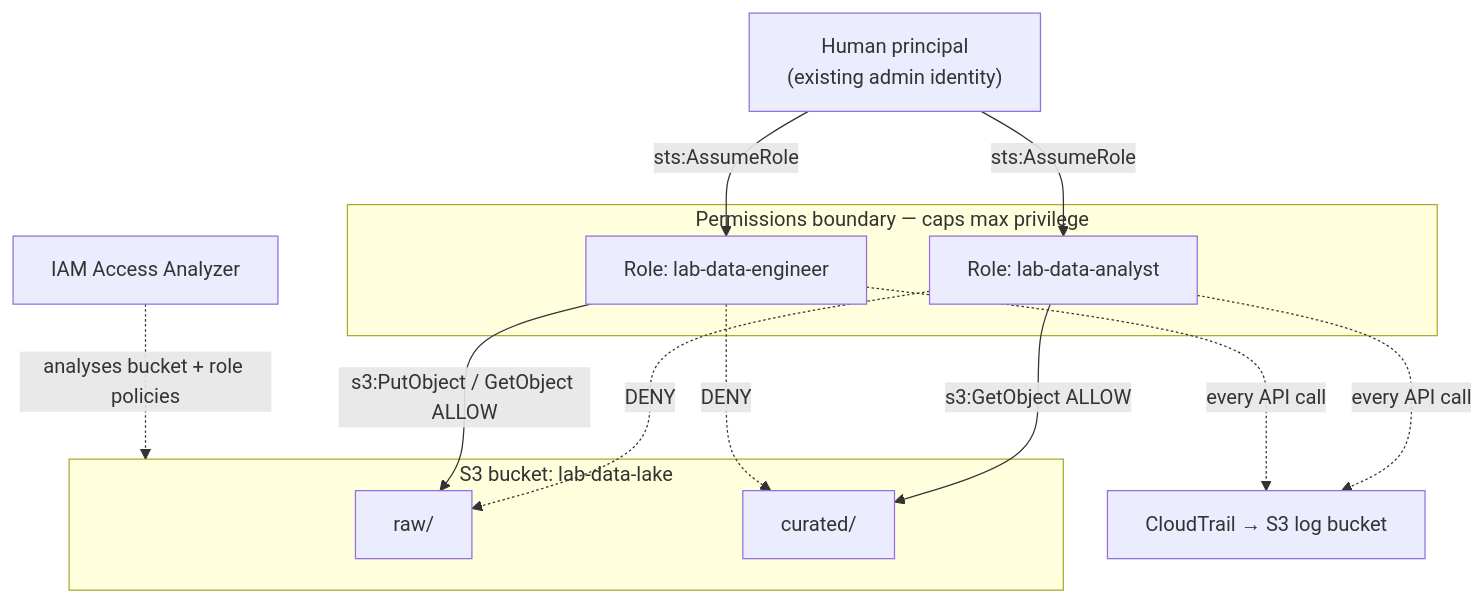
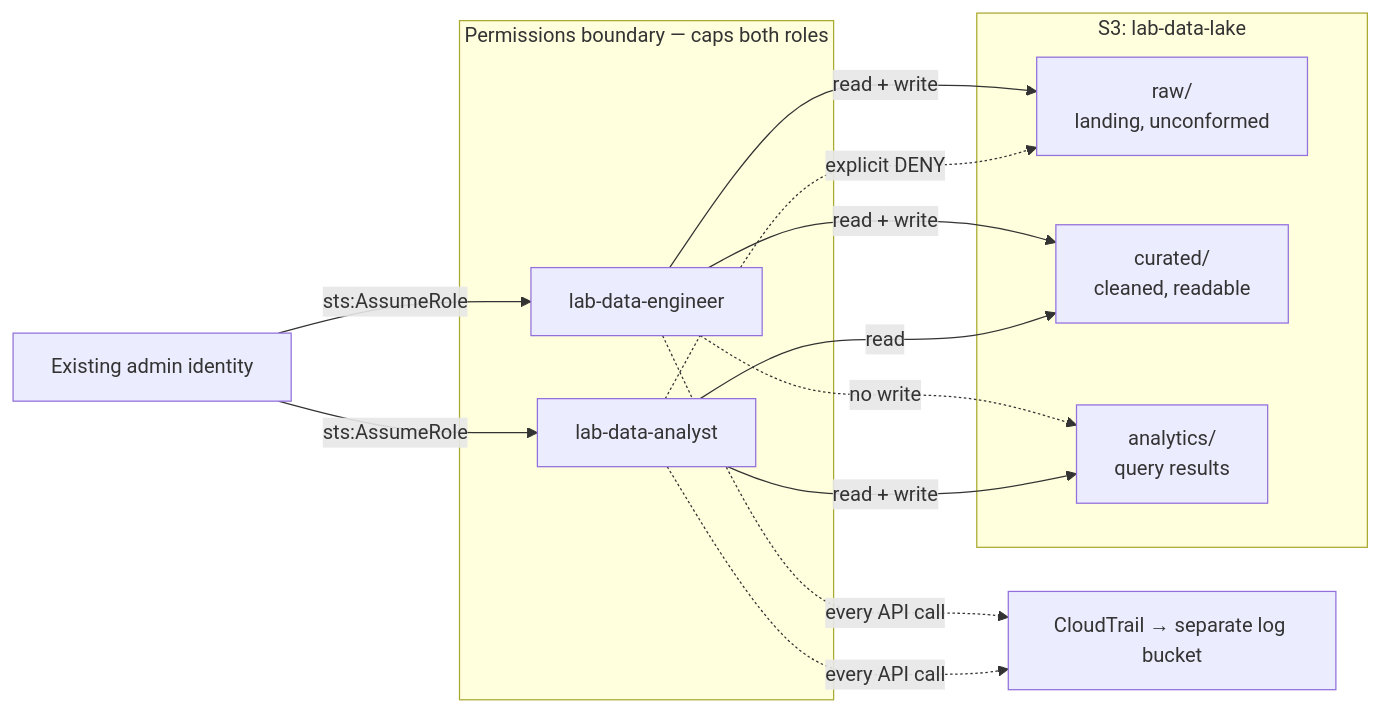
One commit to preethi-somaraju/aws-labs changed the diagram in 02-iam-roles-least-privilege/DESIGN.md. Above: the diagram before and after it, drawn with Mermaid. The commit also changed other lines of this file, not shown here.

Commit message:
Rework lab 02 design around the lake zones

````diff
--- a/02-iam-roles-least-privilege/DESIGN.md
+++ b/02-iam-roles-least-privilege/DESIGN.md
@@ -51,29 +61,31 @@
 ```mermaid
-flowchart TB
-    U["Human principal<br/>(existing admin identity)"]
+flowchart LR
+    U["Existing admin identity"]
 
-    subgraph Boundary["Permissions boundary — caps max privilege"]
-      RA["Role: lab-data-analyst"]
-      RE["Role: lab-data-engineer"]
+    subgraph B["Permissions boundary — caps both roles"]
+      RE["lab-data-engineer"]
+      RA["lab-data-analyst"]
     end
 
-    subgraph S3["S3 bucket: lab-data-lake"]
-      RAW["raw/"]
-      CUR["curated/"]
+    subgraph LAKE["S3: lab-data-lake"]
+      RAW["raw/<br/>landing, unconformed"]
+      CUR["curated/<br/>cleaned, readable"]
+      ANA["analytics/<br/>query results"]
     end
 
-    CT["CloudTrail → S3 log bucket"]
-    AA["IAM Access Analyzer"]
+    CT["CloudTrail → separate log bucket"]
 
+    U -->|"sts:AssumeRole"| RE
     U -->|"sts:AssumeRole"| RA
-    U -->|"sts:AssumeRole"| RE
 
-    RA -->|"s3:GetObject ALLOW"| CUR
-    RA -.->|"DENY"| RAW
-    RE -->|"s3:PutObject / GetObject ALLOW"| RAW
-    RE -.->|"DENY"| CUR
+    RE -->|"read + write"| RAW
+    RE -->|"read + write"| CUR
+    RE -.->|"no write"| ANA
 
+    RA -->|"read"| CUR
+    RA -->|"read + write"| ANA
+    RA -.->|"explicit DENY"| RAW
+
+    RE -.->|"every API call"| CT
     RA -.->|"every API call"| CT
-    RE -.->|"every API call"| CT
-    AA -.->|"analyses bucket + role policies"| S3
 ```
````
